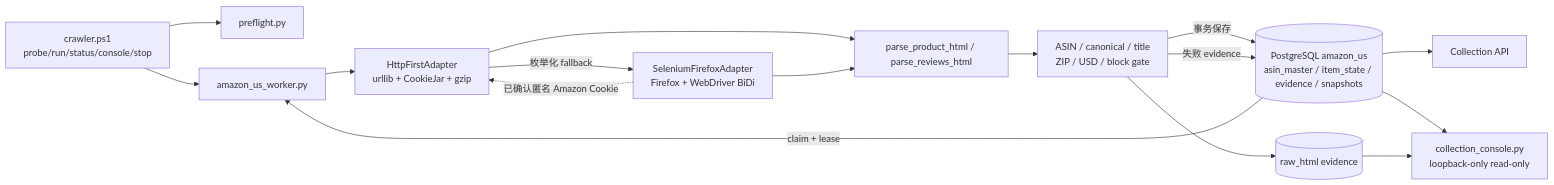
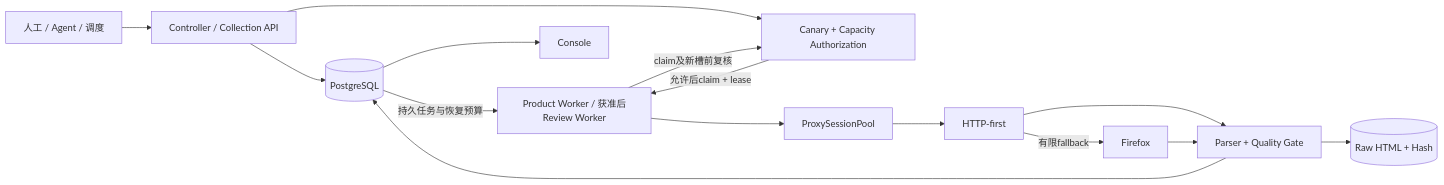
Before and after one commit to DEDC-JINKUN/amazon-crawler: the diagram in docs/main_report.md, drawn with Mermaid. The commit also changed other lines of this file, not shown here.

````diff
--- a/docs/main_report.md
+++ b/docs/main_report.md
@@ -45,18 +186,17 @@
 ```mermaid
 flowchart LR
-    CTRL[crawler.ps1<br/>probe/run/status/console/stop] --> PREF[preflight.py]
-    CTRL --> WORKER[amazon_us_worker.py]
-    PG[(PostgreSQL amazon_us<br/>asin_master / item_state / evidence / snapshots)] -->|claim + lease| WORKER
-    WORKER --> HTTP[HttpFirstAdapter<br/>urllib + CookieJar + gzip]
-    HTTP --> PARSER[parse_product_html / parse_reviews_html]
-    HTTP -->|枚举化 fallback| FF[SeleniumFirefoxAdapter<br/>Firefox + WebDriver BiDi]
+    CALLER[人工 / Agent / 调度] --> CTRL[Controller / Collection API]
+    CTRL --> PG[(PostgreSQL)]
+    CTRL --> CAP[Canary + Capacity Authorization]
+    CAP -->|允许后claim + lease| WORKER[Product Worker / 获准后Review Worker]
+    PG -->|持久任务与恢复预算| WORKER
+    WORKER -->|claim及新槽前复核| CAP
+    WORKER --> SESSION[ProxySessionPool]
+    SESSION --> HTTP[HTTP-first]
+    HTTP -->|有限fallback| FF[Firefox]
+    HTTP --> PARSER[Parser + Quality Gate]
     FF --> PARSER
-    FF -.已确认匿名 Amazon Cookie.-> HTTP
-    PARSER --> QUALITY[ASIN / canonical / title<br/>ZIP / USD / block gate]
-    QUALITY -->|事务保存| PG
-    QUALITY --> RAW[(raw_html evidence)]
-    QUALITY -->|失败 evidence| PG
-    PG --> API[Collection API]
-    PG --> CONSOLE[collection_console.py<br/>loopback-only read-only]
-    RAW --> CONSOLE
+    PARSER --> PG
+    PARSER --> RAW[(Raw HTML + Hash)]
+    PG --> CONSOLE[Console]
 ```
````
